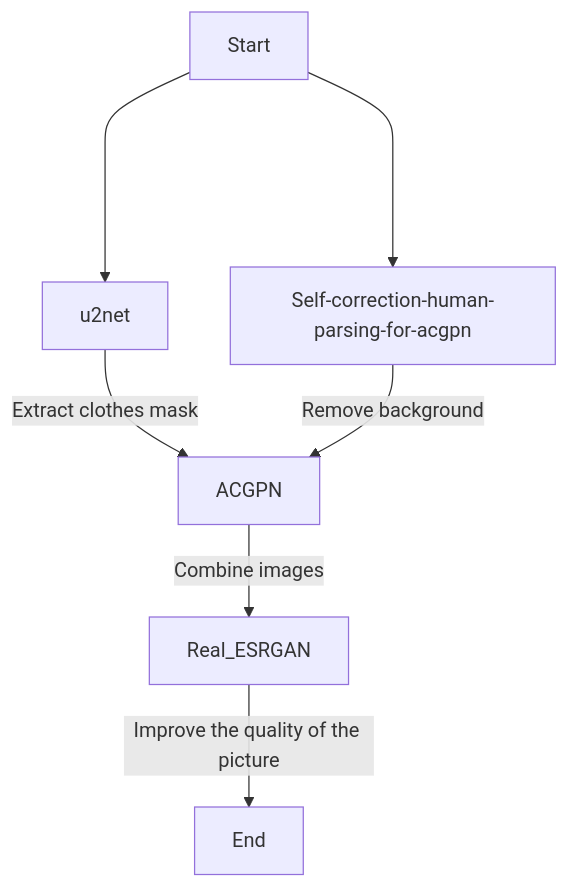
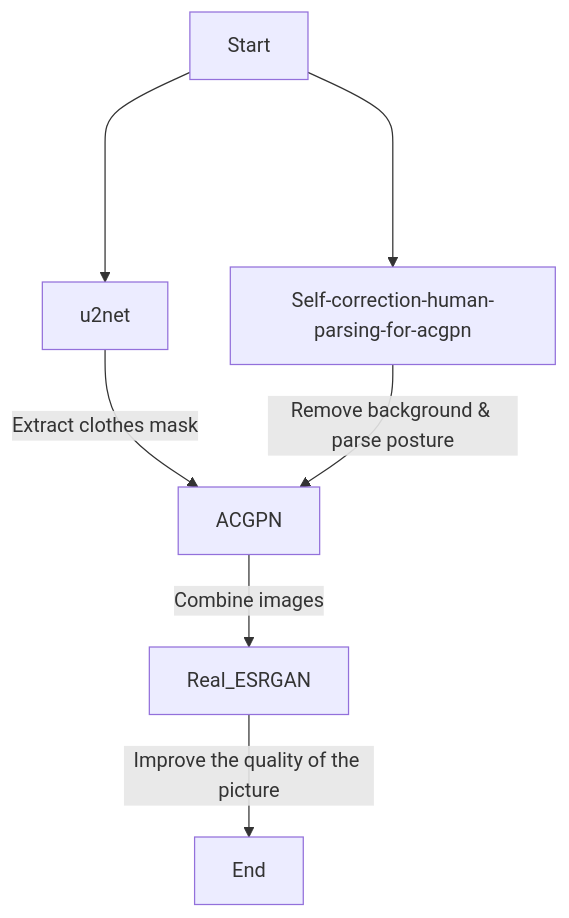
One commit to troymerai/COSMIC-tryon changed the diagram in README.md. Above: the diagram before and after it, drawn with Mermaid.

````diff
--- a/README.md
+++ b/README.md
@@ -19,9 +19,9 @@
 ```mermaid
   flowchart TD;
       X[Start]---->A[u2net];
       X[Start]---->Z[self-correction-human-parsing-for-acgpn];
       A[u2net]--Extract clothes mask-->B;
-      Z[Self-correction-human-parsing-for-acgpn]--Remove background-->B;
+      Z[Self-correction-human-parsing-for-acgpn]--Remove background & parse posture-->B;
       B[ACGPN]--Combine images-->C[Real_ESRGAN];
       C[Real_ESRGAN]--Improve the quality of the picture-->Y[End];
 ```
````
